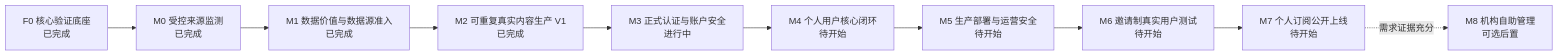
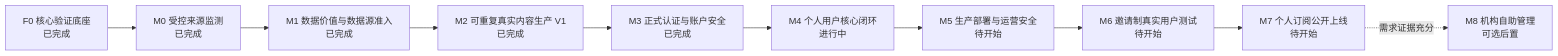
The diagram in docs/10-implementation-plan.md (daiphoon/dealflow-radar), drawn with Mermaid before and after one commit. The commit also changed other lines of this file and 25 other files, not shown here.

````diff
--- a/docs/10-implementation-plan.md
+++ b/docs/10-implementation-plan.md
@@ -23,12 +23,12 @@
 ```mermaid
 flowchart LR
     F0["F0 核心验证底座<br/>已完成"] --> M0["M0 受控来源监测<br/>已完成"]
     M0 --> M1["M1 数据价值与数据源准入<br/>已完成"]
     M1 --> M2["M2 可重复真实内容生产 V1<br/>已完成"]
-    M2 --> M3["M3 正式认证与账户安全<br/>进行中"]
-    M3 --> M4["M4 个人用户核心闭环<br/>待开始"]
+    M2 --> M3["M3 正式认证与账户安全<br/>已完成"]
+    M3 --> M4["M4 个人用户核心闭环<br/>进行中"]
     M4 --> M5["M5 生产部署与运营安全<br/>待开始"]
     M5 --> M6["M6 邀请制真实用户测试<br/>待开始"]
     M6 --> M7["M7 个人订阅公开上线<br/>待开始"]
     M7 -."需求证据充分".-> M8["M8 机构自助管理<br/>可选后置"]
 ```
````
